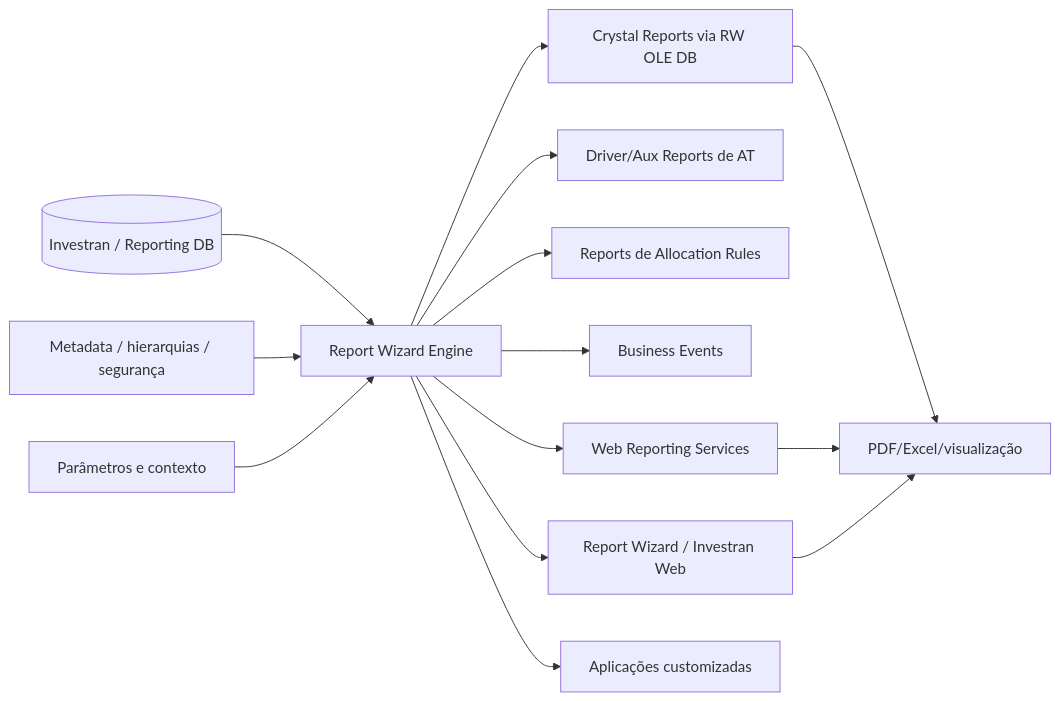
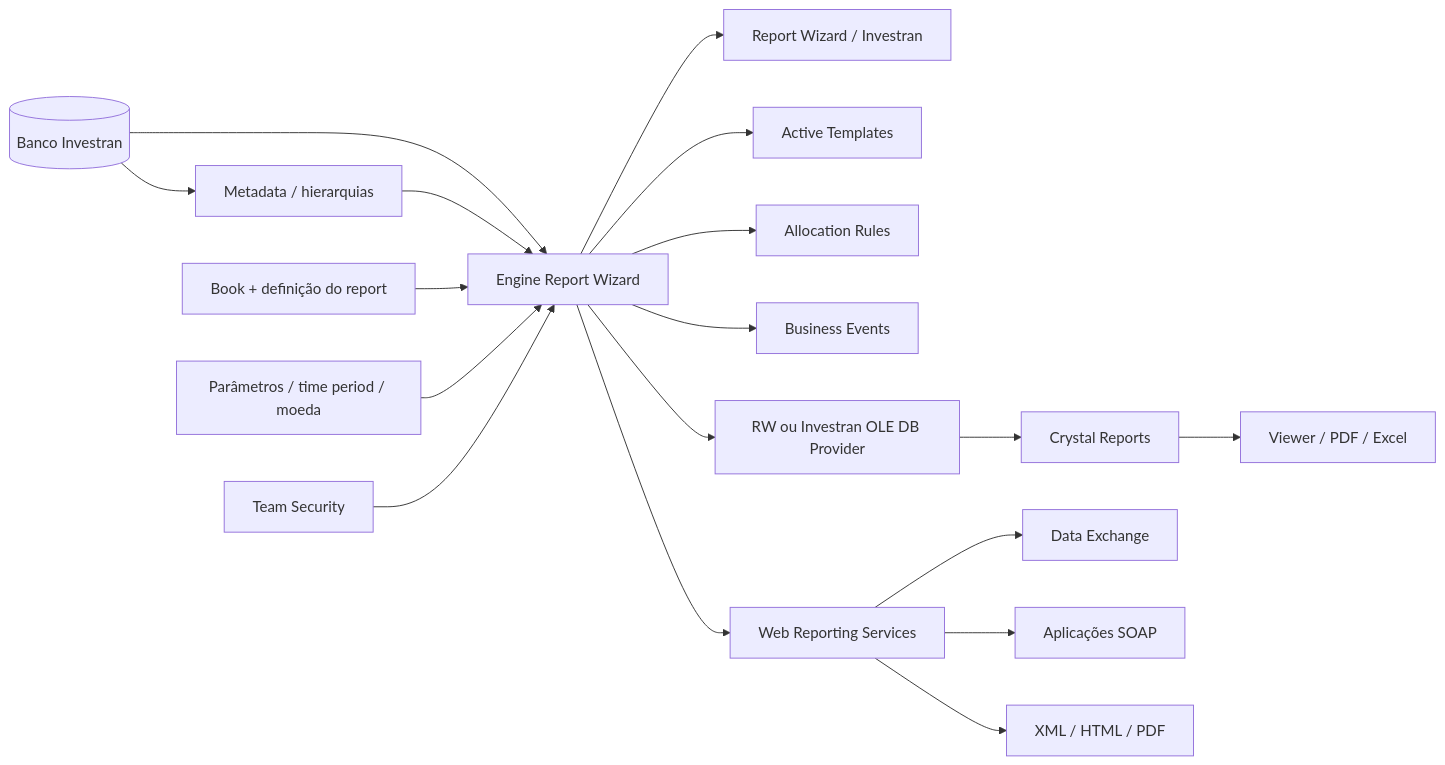
The first of 2 diagrams in docs/reporting/01-arquitetura-reporting.md (msekimoto/investran), drawn with Mermaid before and after one commit. The commit also changed other lines of this file and 5 other files, not shown here.

Commit message:
Aprofunda documentação de Report Wizard e WRS

````diff
--- a/docs/reporting/01-arquitetura-reporting.md
+++ b/docs/reporting/01-arquitetura-reporting.md
@@ -5,18 +5,22 @@
 ```mermaid
 flowchart LR
-    DB[(Investran / Reporting DB)] --> RW[Report Wizard Engine]
-    META[Metadata / hierarquias / segurança] --> RW
-    PARAM[Parâmetros e contexto] --> RW
+    DB[(Banco Investran)] --> META[Metadata / hierarquias]
+    DB --> ENG[Engine Report Wizard]
+    META --> ENG
+    DEF[Book + definição do report] --> ENG
+    PAR[Parâmetros / time period / moeda] --> ENG
+    TS[Team Security] --> ENG
 
-    RW --> UI[Report Wizard / Investran Web]
-    RW --> ATM[Driver/Aux Reports de AT]
-    RW --> ARM[Reports de Allocation Rules]
-    RW --> BE[Business Events]
-    RW --> CR[Crystal Reports via RW OLE DB]
-    RW --> WRS[Web Reporting Services]
-    RW --> API[Aplicações customizadas]
+    ENG --> UI[Report Wizard / Investran]
+    ENG --> ATM[Active Templates]
+    ENG --> ARM[Allocation Rules]
+    ENG --> BE[Business Events]
+    ENG --> OLE[RW ou Investran OLE DB Provider]
+    ENG --> WRS[Web Reporting Services]
 
-    CR --> OUT[PDF/Excel/visualização]
-    WRS --> OUT
-    UI --> OUT
+    OLE --> CR[Crystal Reports]
+    WRS --> DX[Data Exchange]
+    WRS --> SOAP[Aplicações SOAP]
+    CR --> OUT[Viewer / PDF / Excel]
+    WRS --> OUT2[XML / HTML / PDF]
 ```
````
